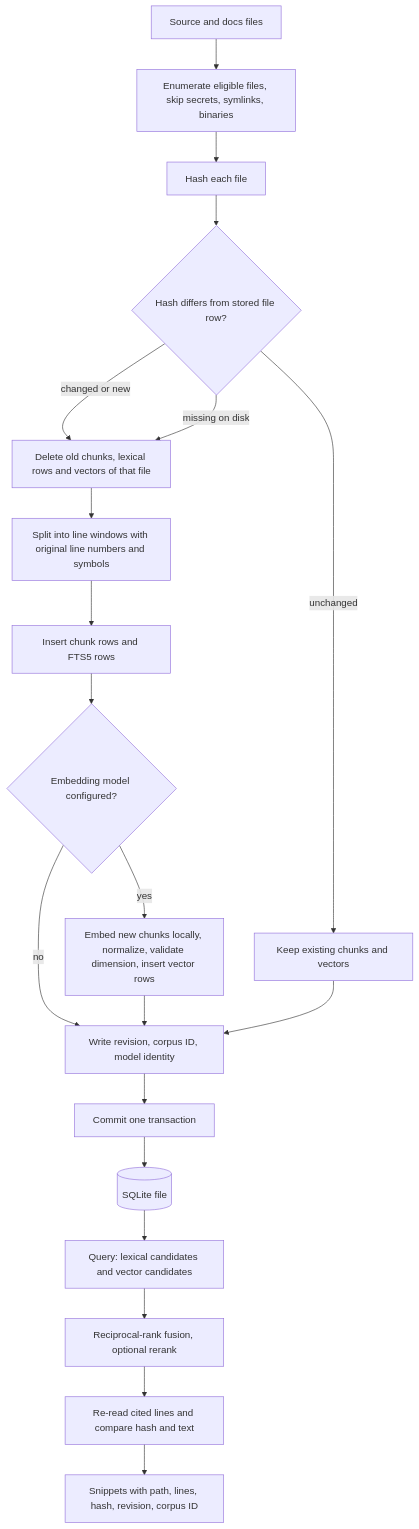
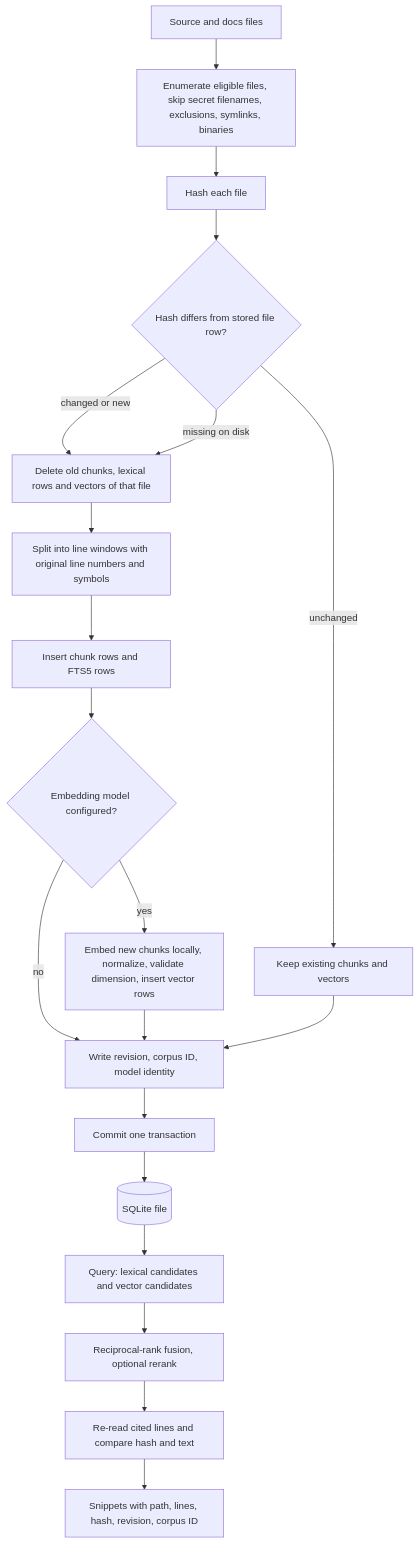
One commit to EdukeyTeam/agent-toolbox changed the second of 6 diagrams in docs/ADR/000-local-code-retrieval-storage.md. Above: the diagram before and after it, drawn with Mermaid. The commit also changed other lines of this file and 3 other files, not shown here.

````diff
--- a/docs/ADR/000-local-code-retrieval-storage.md
+++ b/docs/ADR/000-local-code-retrieval-storage.md
@@ -384,22 +394,22 @@
 ```mermaid
 flowchart TD
-  A[Source and docs files] --> B[Enumerate eligible files, skip secrets, symlinks, binaries]
+  A[Source and docs files] --> B[Enumerate eligible files, skip secret filenames, exclusions, symlinks, binaries]
   B --> C[Hash each file]
   C --> D{Hash differs from stored file row?}
   D -- unchanged --> K[Keep existing chunks and vectors]
   D -- changed or new --> E[Delete old chunks, lexical rows and vectors of that file]
   D -- missing on disk --> E
   E --> F[Split into line windows with original line numbers and symbols]
   F --> G[Insert chunk rows and FTS5 rows]
   G --> H{Embedding model configured?}
   H -- no --> J
   H -- yes --> I[Embed new chunks locally, normalize, validate dimension, insert vector rows]
   I --> J[Write revision, corpus ID, model identity]
   K --> J
   J --> L[Commit one transaction]
   L --> M[(SQLite file)]
   M --> Q[Query: lexical candidates and vector candidates]
   Q --> R[Reciprocal-rank fusion, optional rerank]
   R --> S[Re-read cited lines and compare hash and text]
   S --> T[Snippets with path, lines, hash, revision, corpus ID]
 ```
````
